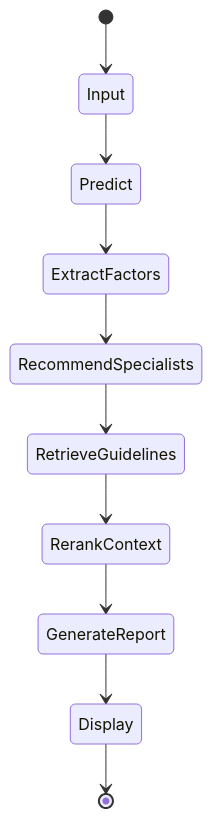
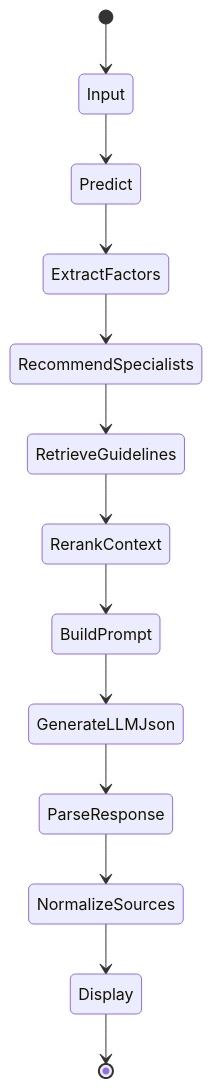
Before and after one commit to Shubham-60/Diabetes-Preidictor: the second of 3 diagrams in README.md, drawn with Mermaid. The commit also changed other lines of this file and 2 other files, not shown here.

Commit message:
Update project documentation and report

````diff
--- a/README.md
+++ b/README.md
@@ -86,12 +107,15 @@
 ```mermaid
 stateDiagram-v2
     [*] --> Input
     Input --> Predict
     Predict --> ExtractFactors
     ExtractFactors --> RecommendSpecialists
     RecommendSpecialists --> RetrieveGuidelines
     RetrieveGuidelines --> RerankContext
-    RerankContext --> GenerateReport
-    GenerateReport --> Display
+    RerankContext --> BuildPrompt
+    BuildPrompt --> GenerateLLMJson
+    GenerateLLMJson --> ParseResponse
+    ParseResponse --> NormalizeSources
+    NormalizeSources --> Display
     Display --> [*]
 ```
````
